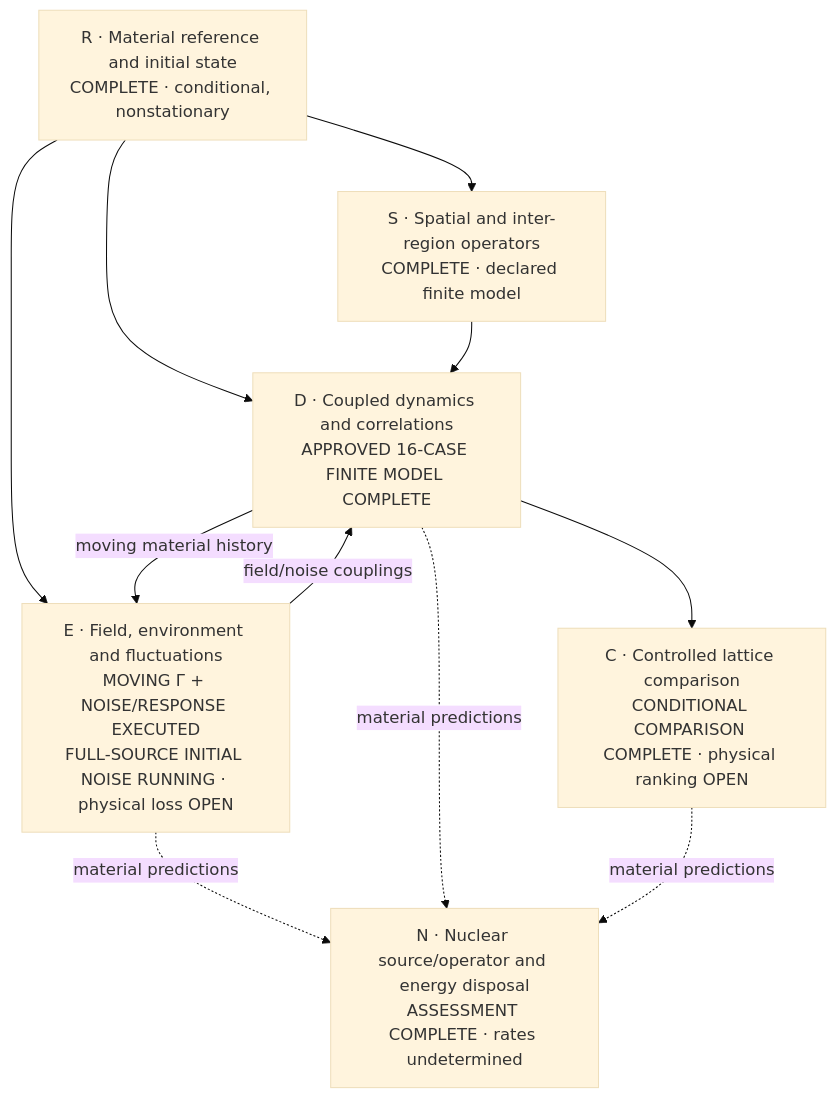
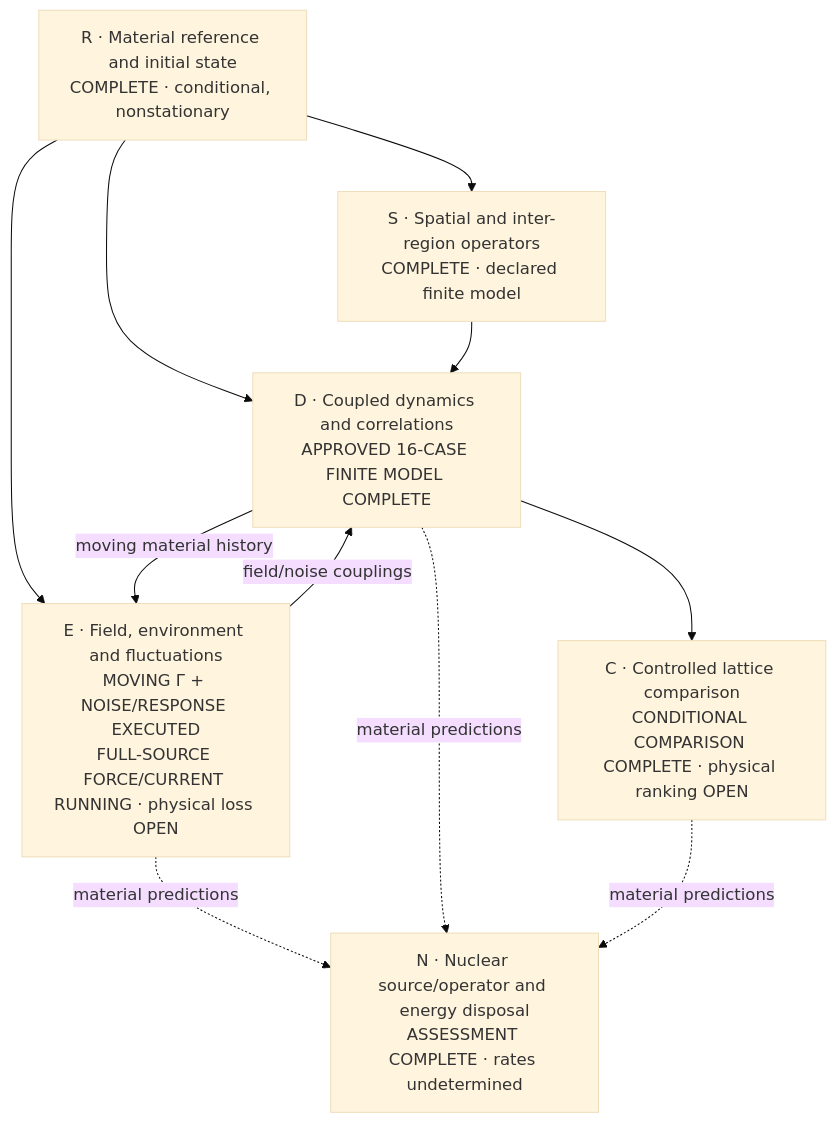
Before and after one commit to vantasnerdan/substrate-framework: the diagram in proposals/P254-ni-collective-response/SOLUTION.md, drawn with Mermaid (base theme). The commit also changed other lines of this file and 28 other files, not shown here.

Commit message:
P254: compute original-state current noise and launch disjoint full-source production

````diff
--- a/proposals/P254-ni-collective-response/SOLUTION.md
+++ b/proposals/P254-ni-collective-response/SOLUTION.md
@@ -16,19 +16,19 @@
 ```mermaid
 flowchart TD
     R["R · Material reference and initial state\nCOMPLETE · conditional, nonstationary"]
     S["S · Spatial and inter-region operators\nCOMPLETE · declared finite model"]
-    E["E · Field, environment and fluctuations\nMOVING Γ + NOISE/RESPONSE EXECUTED\nFULL-SOURCE INITIAL NOISE RUNNING · physical loss OPEN"]
+    E["E · Field, environment and fluctuations\nMOVING Γ + NOISE/RESPONSE EXECUTED\nFULL-SOURCE FORCE/CURRENT RUNNING · physical loss OPEN"]
     D["D · Coupled dynamics and correlations\nAPPROVED 16-CASE FINITE MODEL COMPLETE"]
     C["C · Controlled lattice comparison\nCONDITIONAL COMPARISON COMPLETE · physical ranking OPEN"]
     N["N · Nuclear source/operator and energy disposal\nASSESSMENT COMPLETE · rates undetermined"]
     R --> S
     R --> E
     R --> D
     S --> D
     E -- "field/noise couplings" --> D
     D -- "moving material history" --> E
     D --> C
     E -. "material predictions" .-> N
     D -. "material predictions" .-> N
     C -. "material predictions" .-> N
 ```
````
